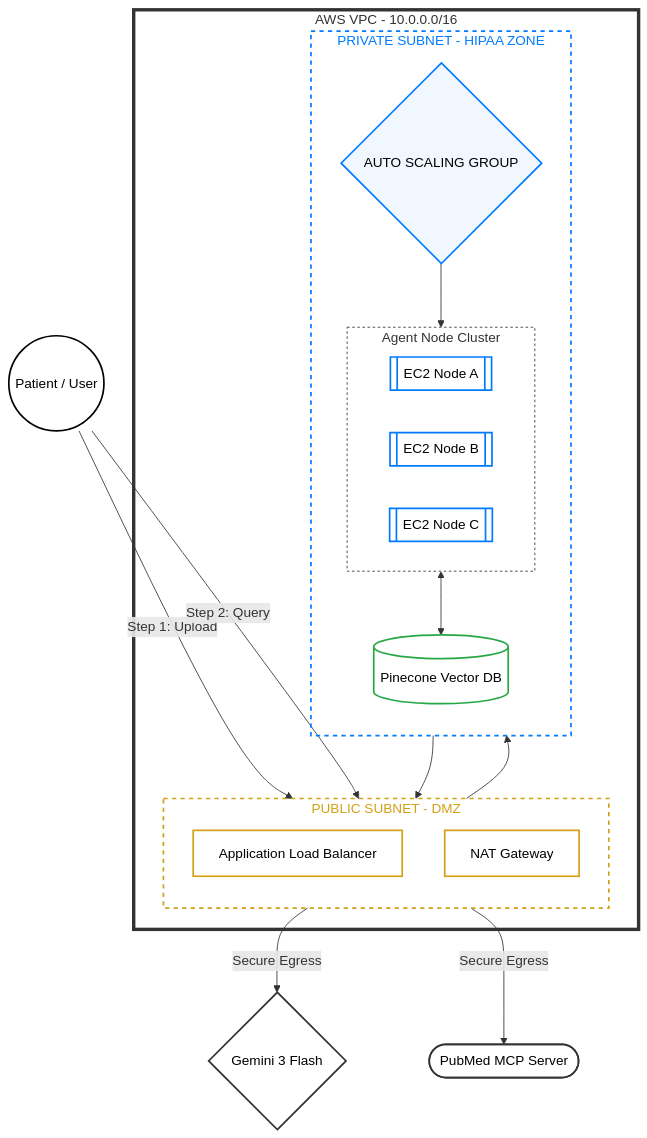
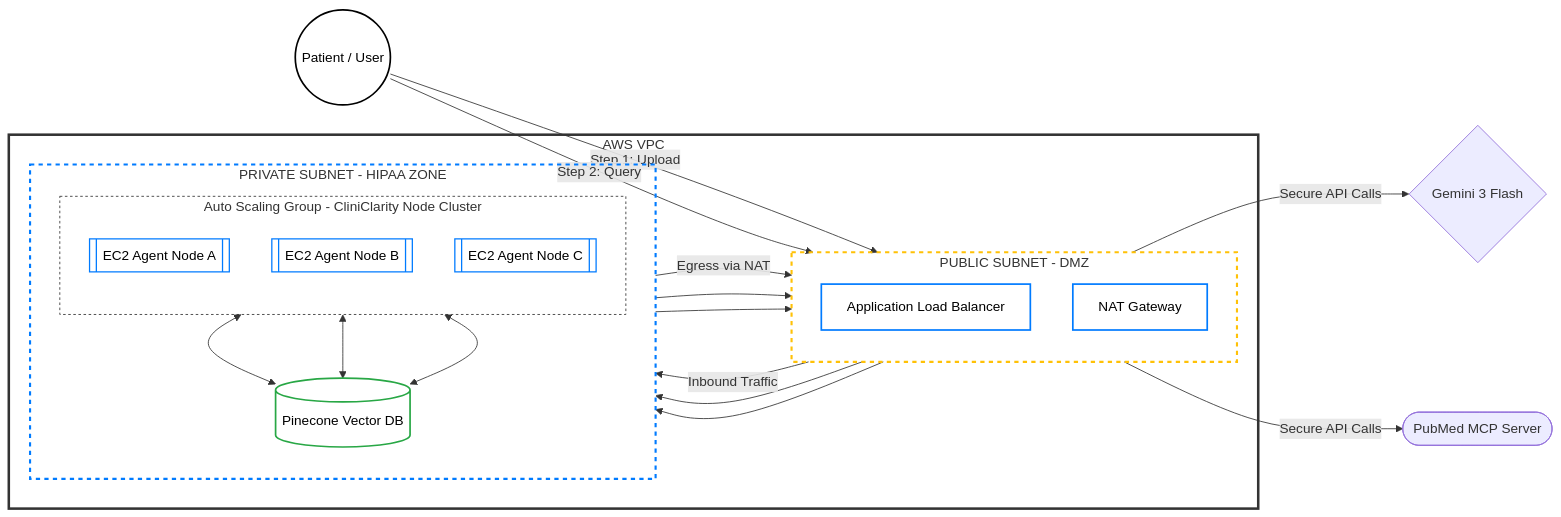
The second of 2 diagrams in docs/README.md (ramsundharVenkadesan/CliniClarity), drawn with Mermaid before and after one commit.

````diff
--- a/docs/README.md
+++ b/docs/README.md
@@ -139,59 +139,69 @@
 ```mermaid
-flowchart TD
-    %% 1. USER ACCESS
-    U((Patient / User)):::userNode -->|Step 1: Upload| ALB[Application Load Balancer]
-    U -->|Step 2: Query| ALB
+flowchart LR
 
-    %% 2. VPC CONTAINER
-    subgraph VPC [AWS VPC - 10.0.0.0/16]
+%% USER
+U((Patient / User)):::userNode
+
+%% VPC
+subgraph VPC [AWS VPC]
+
+    %% PUBLIC SUBNET
+    subgraph PublicSubnet [PUBLIC SUBNET - DMZ]
+        direction TB
+        ALB[Application Load Balancer]:::resource
+        NAT[NAT Gateway]:::resource
+    end
+
+    %% PRIVATE SUBNET
+    subgraph PrivateSubnet [PRIVATE SUBNET - HIPAA ZONE]
+        direction TB
         
-        %% 3. PUBLIC TIER
-        subgraph PublicSubnet [PUBLIC SUBNET - DMZ]
+        subgraph ASG [Auto Scaling Group - CliniClarity Node Cluster]
             direction TB
-            ALB:::resource
-            NAT[NAT Gateway]:::resource
+            EC2_A[[EC2 Agent Node A]]:::instance
+            EC2_B[[EC2 Agent Node B]]:::instance
+            EC2_C[[EC2 Agent Node C]]:::instance
         end
 
-        %% 4. PRIVATE TIER
-        subgraph PrivateSubnet [PRIVATE SUBNET - HIPAA ZONE]
-            direction TB
-            
-            %% ASG Icon as a distinct node
-            ASG{AUTO SCALING GROUP}:::asg
-            
-            subgraph COMPUTE [Agent Node Cluster]
-                direction LR
-                EC2_A[[EC2 Node A]]:::instance
-                EC2_B[[EC2 Node B]]:::instance
-                EC2_C[[EC2 Node C]]:::instance
-            end
+        VDB[(Pinecone Vector DB)]:::database
+    end
+end
 
-            VDB[(Pinecone Vector DB)]:::database
-        end
-    end
+%% EXTERNAL SERVICES
+GEMINI{Gemini 3 Flash}
+PUB([PubMed MCP Server])
 
-    %% 5. EXTERNAL SERVICES
-    NAT -->|Secure Egress| GEMINI{Gemini 3 Flash}:::external
-    NAT -->|Secure Egress| PUB([PubMed MCP Server]):::external
+%% USER FLOW
+U -->|Step 1: Upload| ALB
+U -->|Step 2: Query| ALB
 
-    %% Connectivity
-    ALB --> ASG
-    ASG --> COMPUTE
-    COMPUTE <--> VDB
-    COMPUTE --> NAT
+%% TRAFFIC ROUTING
+ALB -->|Inbound Traffic| EC2_A
+ALB --> EC2_B
+ALB --> EC2_C
 
-    %% DARK MODE FIX: Hardcoded Hex Colors
-    %% Forces Black Text (#000000) on White Background (#FFFFFF)
-    classDef userNode fill:#FFFFFF,stroke:#000000,stroke-width:2px,color:#000000;
-    classDef resource fill:#FFFFFF,stroke:#D4A017,stroke-width:2px,color:#000000;
-    classDef instance fill:#FFFFFF,stroke:#007BFF,stroke-width:2px,color:#000000;
-    classDef database fill:#FFFFFF,stroke:#28A745,stroke-width:2px,color:#000000;
-    classDef asg fill:#F0F7FF,stroke:#007BFF,stroke-width:2px,color:#000000;
-    classDef external fill:#FFFFFF,stroke:#333333,stroke-width:2px,color:#000000;
+%% VECTOR DATABASE
+EC2_A <--> VDB
+EC2_B <--> VDB
+EC2_C <--> VDB
 
-    %% Subnet Styling
-    style VPC fill:none,stroke:#333333,stroke-width:4px,color:#333333
-    style PublicSubnet fill:none,stroke:#D4A017,stroke-width:2px,stroke-dasharray: 5 5,color:#D4A017
-    style PrivateSubnet fill:none,stroke:#007BFF,stroke-width:2px,stroke-dasharray: 5 5,color:#007BFF
-    style COMPUTE fill:none,stroke:#333333,stroke-width:1px,stroke-dasharray: 3 3
+%% NAT EGRESS
+EC2_A -->|Egress via NAT| NAT
+EC2_B --> NAT
+EC2_C --> NAT
+
+%% EXTERNAL API CALLS
+NAT -->|Secure API Calls| GEMINI
+NAT -->|Secure API Calls| PUB
+
+%% STYLING
+classDef userNode fill:#ffffff,stroke:#000000,stroke-width:2px,color:#000000;
+classDef resource fill:#ffffff,stroke:#007bff,stroke-width:2px,color:#000000;
+classDef instance fill:#ffffff,stroke:#007bff,stroke-width:1.5px,color:#000000;
+classDef database fill:#ffffff,stroke:#28a745,stroke-width:2px,color:#000000;
+
+style VPC fill:none,stroke:#333333,stroke-width:3px
+style PublicSubnet fill:none,stroke:#ffc107,stroke-width:2.5px,stroke-dasharray:5 5
+style PrivateSubnet fill:none,stroke:#007bff,stroke-width:2.5px,stroke-dasharray:5 5
+style ASG fill:none,stroke:#333333,stroke-width:1px,stroke-dasharray:3 3
 ```
````
